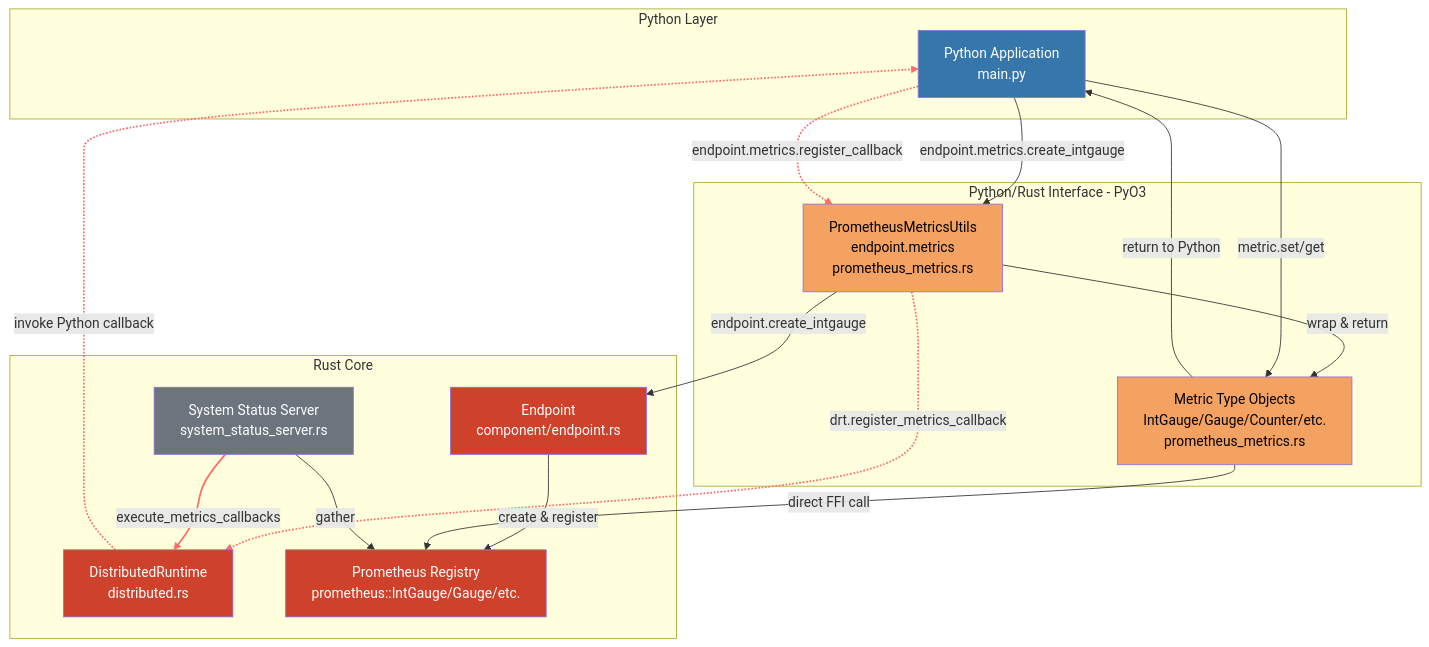
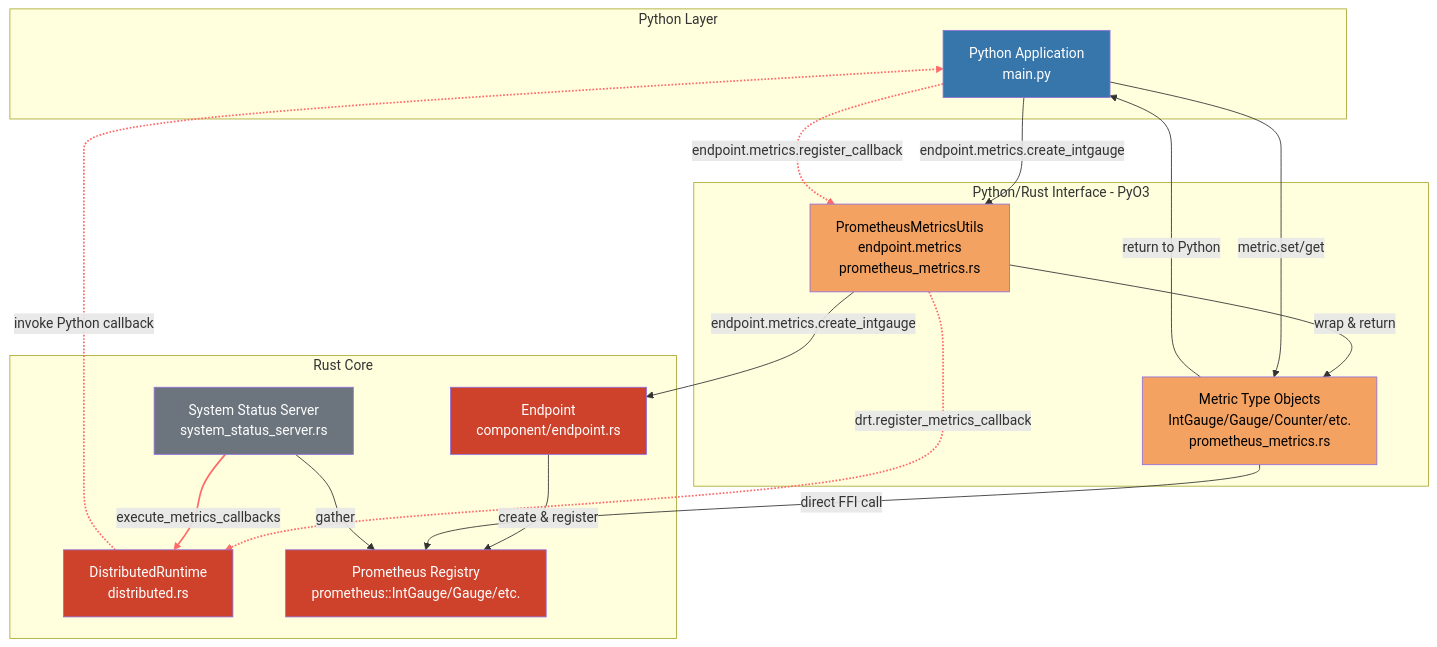
One commit to wxsms/dynamo changed the second of 2 diagrams in lib/bindings/python/examples/metrics/README.md. Above: the diagram before and after it, drawn with Mermaid. The commit also changed other lines of this file and 21 other files, not shown here.

````diff
--- a/lib/bindings/python/examples/metrics/README.md
+++ b/lib/bindings/python/examples/metrics/README.md
@@ -322,43 +322,43 @@
 ```mermaid
 graph TD
     subgraph Python["Python Layer"]
         PY[Python Application<br/>main.py]
         style PY fill:#3776ab,color:#fff
     end
 
     subgraph PyO3["Python/Rust Interface - PyO3"]
         PM[PrometheusMetricsUtils<br/>endpoint.metrics<br/>prometheus_metrics.rs]
         MT[Metric Type Objects<br/>IntGauge/Gauge/Counter/etc.<br/>prometheus_metrics.rs]
         style PM fill:#f4a261,color:#000
         style MT fill:#f4a261,color:#000
     end
 
     subgraph Rust["Rust Core"]
         EP[Endpoint<br/>component/endpoint.rs]
         DRT[DistributedRuntime<br/>distributed.rs]
         PROM["Prometheus Registry<br/>prometheus::IntGauge/Gauge/etc."]
         SS[System Status Server<br/>system_status_server.rs]
         style EP fill:#ce422b,color:#fff
         style DRT fill:#ce422b,color:#fff
         style PROM fill:#ce422b,color:#fff
         style SS fill:#6c757d,color:#fff
     end
 
     PY -->|endpoint.metrics.create_intgauge| PM
-    PM -->|endpoint.create_intgauge| EP
+    PM -->|endpoint.metrics.create_intgauge| EP
     EP -->|create & register| PROM
     PM -->|wrap & return| MT
     MT -->|return to Python| PY
     PY -->|metric.set/get| MT
     MT -->|direct FFI call| PROM
     PY -.->|endpoint.metrics.register_callback| PM
     PM -.->|drt.register_metrics_callback| DRT
     SS ==>|execute_metrics_callbacks| DRT
     DRT -.->|invoke Python callback| PY
     SS -->|gather| PROM
 
     linkStyle 7 stroke:#ff6b6b,stroke-width:2px
     linkStyle 8 stroke:#ff6b6b,stroke-width:2px
     linkStyle 9 stroke:#ff6b6b,stroke-width:2px
     linkStyle 10 stroke:#ff6b6b,stroke-width:2px
 ```
````
